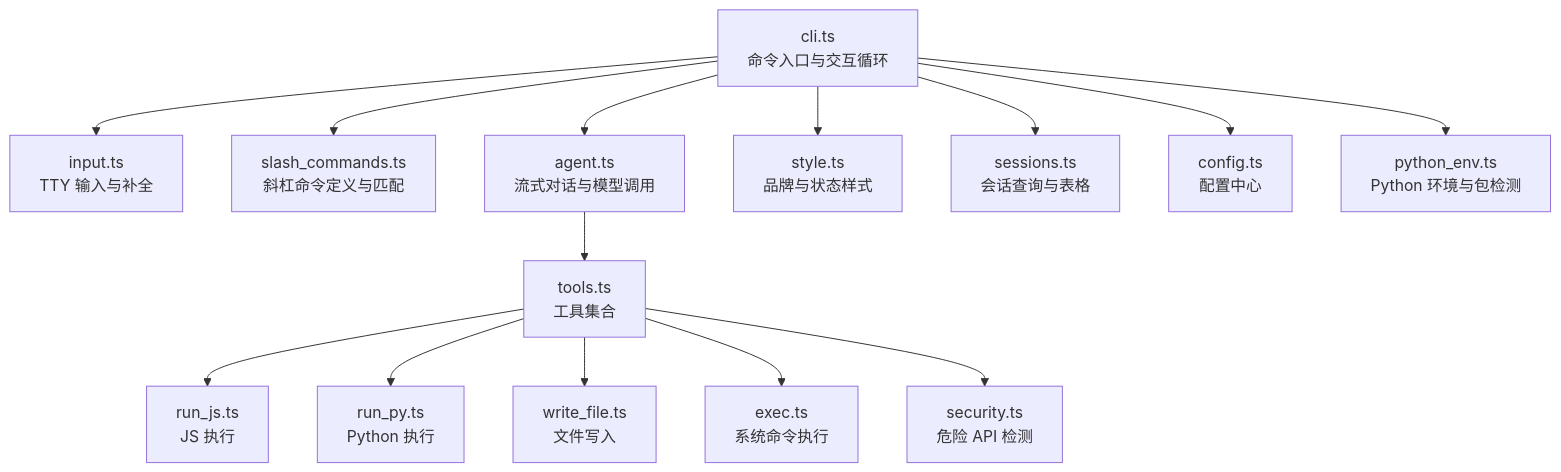
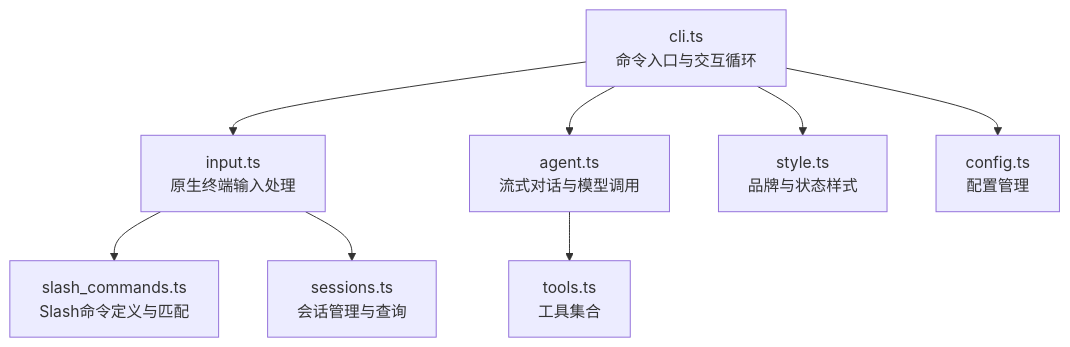
Before and after one commit to HAOFUYANG/onion-code: the first of 3 diagrams in .qoder/repowiki/zh/content/CLI 界面.md, drawn with Mermaid. The commit also changed other lines of this file and 13 other files, not shown here.

````diff
--- a/.qoder/repowiki/zh/content/CLI 界面.md
+++ b/.qoder/repowiki/zh/content/CLI 界面.md
@@ -57,16 +62,10 @@
 ```mermaid
 graph TB
-CLI["cli.ts<br/>命令入口与交互循环"] --> INPUT["input.ts<br/>TTY 输入与补全"]
-CLI --> SLASH["slash_commands.ts<br/>斜杠命令定义与匹配"]
+CLI["cli.ts<br/>命令入口与交互循环"] --> INPUT["input.ts<br/>原生终端输入处理"]
+INPUT --> SLASH["slash_commands.ts<br/>Slash命令定义与匹配"]
+INPUT --> SESSIONS["sessions.ts<br/>会话管理与查询"]
 CLI --> AGENT["agent.ts<br/>流式对话与模型调用"]
+AGENT --> TOOLS["tools.ts<br/>工具集合"]
 CLI --> STYLE["style.ts<br/>品牌与状态样式"]
-CLI --> SESSIONS["sessions.ts<br/>会话查询与表格"]
-CLI --> CONFIG["config.ts<br/>配置中心"]
-CLI --> PYENV["python_env.ts<br/>Python 环境与包检测"]
-AGENT --> TOOLS["tools.ts<br/>工具集合"]
-TOOLS --> RUNJS["run_js.ts<br/>JS 执行"]
-TOOLS --> RUNPY["run_py.ts<br/>Python 执行"]
-TOOLS --> WRITEFILE["write_file.ts<br/>文件写入"]
-TOOLS --> EXEC["exec.ts<br/>系统命令执行"]
-TOOLS --> SECURITY["security.ts<br/>危险 API 检测"]
+CLI --> CONFIG["config.ts<br/>配置管理"]
 ```
````
